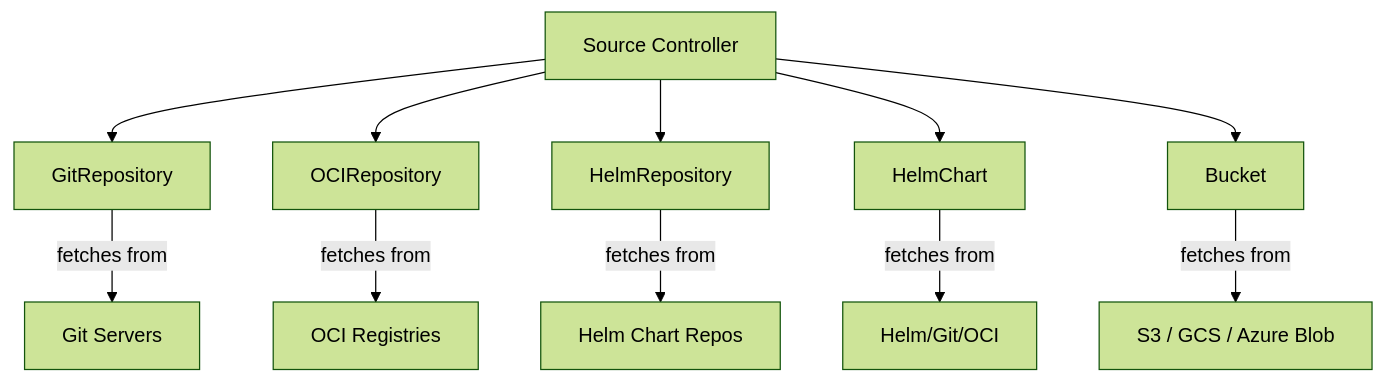
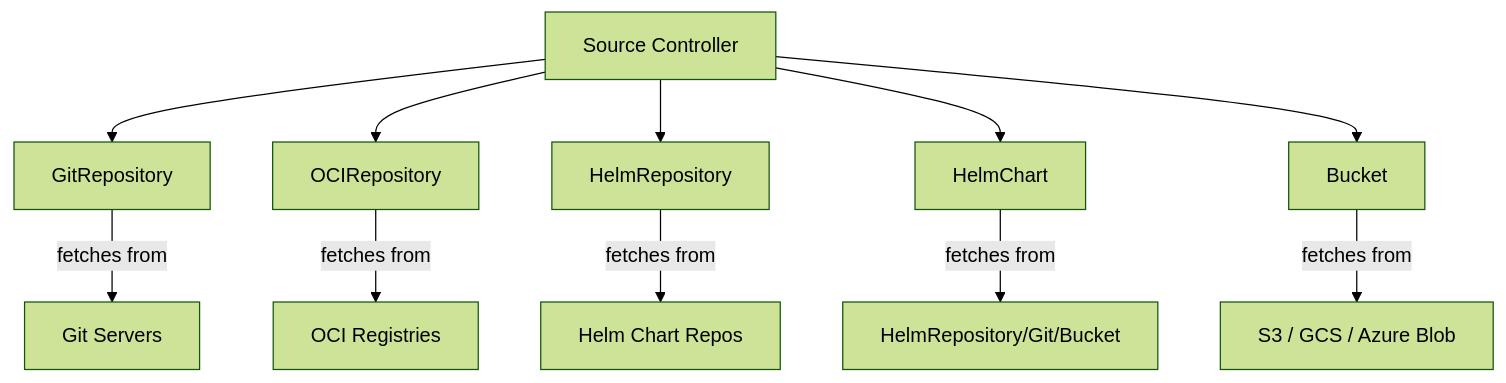
Before and after one commit to OneUptime/blog: the first of 3 diagrams in posts/2026-03-05-flux-cd-sources-artifacts/README.md, drawn with Mermaid (forest theme). The commit also changed other lines of this file and 2 other files, not shown here.

````diff
--- a/posts/2026-03-05-flux-cd-sources-artifacts/README.md
+++ b/posts/2026-03-05-flux-cd-sources-artifacts/README.md
@@ -21,14 +21,14 @@
 ```mermaid
 graph TD
     SC[Source Controller] --> GR[GitRepository]
     SC --> OCR[OCIRepository]
     SC --> HR[HelmRepository]
     SC --> HC[HelmChart]
     SC --> B[Bucket]
 
     GR -->|fetches from| Git[Git Servers]
     OCR -->|fetches from| OCI[OCI Registries]
     HR -->|fetches from| Helm[Helm Chart Repos]
-    HC -->|fetches from| HelmSource[Helm/Git/OCI]
+    HC -->|fetches from| HelmSource[HelmRepository/Git/Bucket]
     B -->|fetches from| S3[S3 / GCS / Azure Blob]
 ```
````
